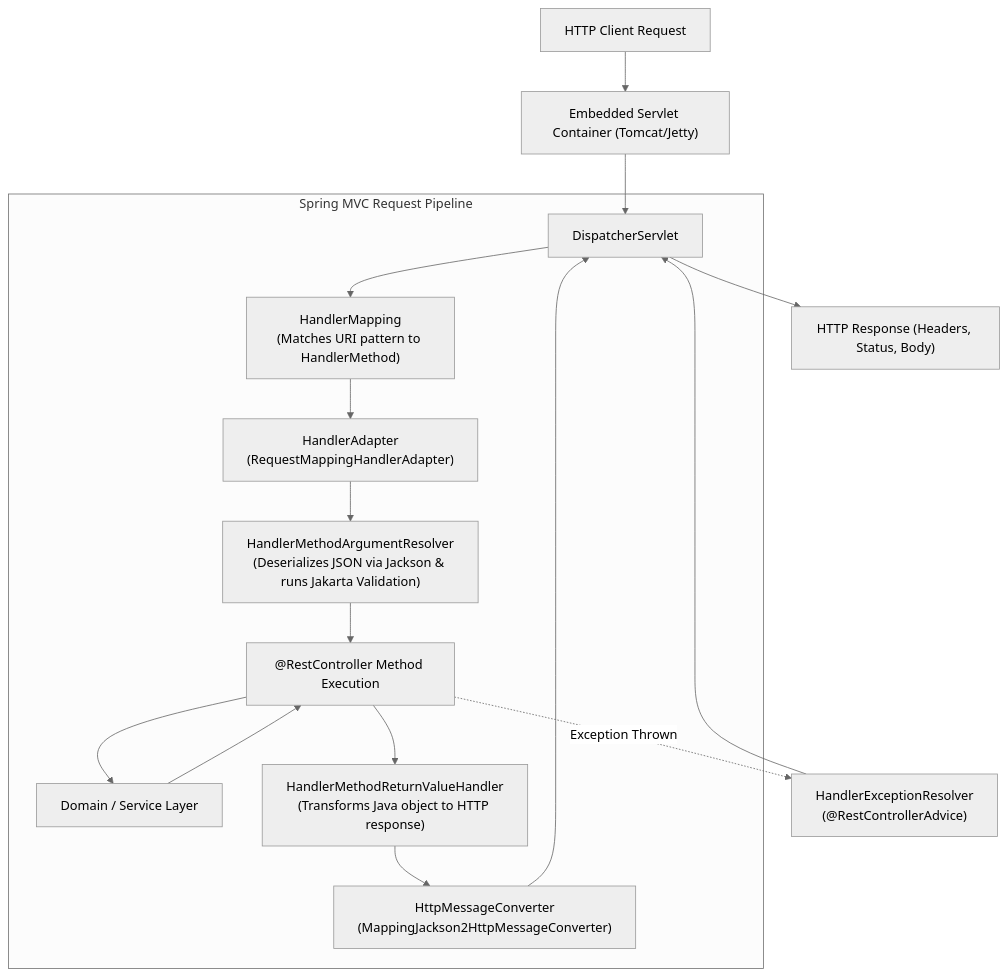
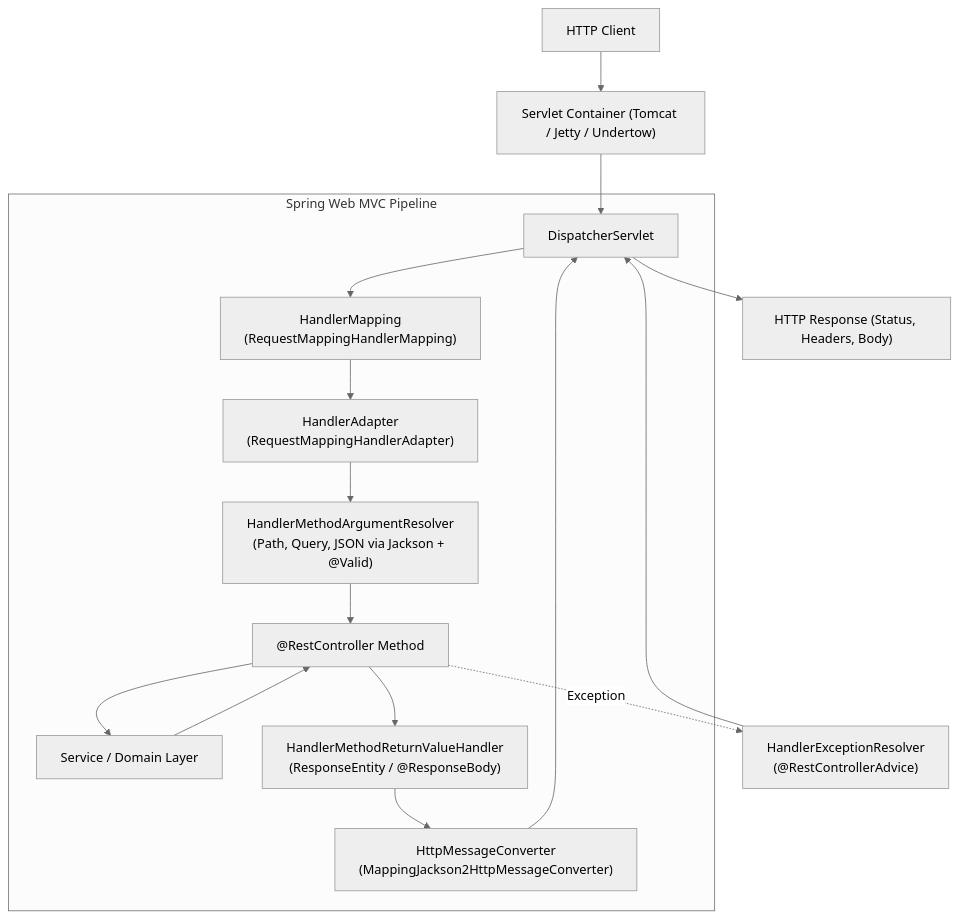
One commit to ravishankar2463/java_hub changed the second of 2 diagrams in content/roadmap/level-8/building-restful-apis.md. Above: the diagram before and after it, drawn with Mermaid (neutral theme). The commit also changed other lines of this file and 119 other files, not shown here.

Commit message:
feat: add comprehensive java learning roadmap content across multiple levels

````diff
--- a/content/roadmap/level-8/building-restful-apis.md
+++ b/content/roadmap/level-8/building-restful-apis.md
@@ -86,30 +74,22 @@
 ```mermaid
 flowchart TD
-    Client["HTTP Client Request"] --> Tomcat["Embedded Servlet Container (Tomcat/Jetty)"]
-    Tomcat --> DS["DispatcherServlet"]
-    
-    subgraph SpringMVC ["Spring MVC Request Pipeline"]
-        DS --> HM["HandlerMapping
-(Matches URI pattern to HandlerMethod)"]
-        HM --> HA["HandlerAdapter
-(RequestMappingHandlerAdapter)"]
-        
-        HA --> HMAR["HandlerMethodArgumentResolver
-(Deserializes JSON via Jackson & runs Jakarta Validation)"]
-        HMAR --> Controller["@RestController Method Execution"]
-        Controller --> ServiceLayer["Domain / Service Layer"]
-        ServiceLayer --> Controller
-        
-        Controller --> HMRVH["HandlerMethodReturnValueHandler
-(Transforms Java object to HTTP response)"]
-        HMRVH --> MC["HttpMessageConverter
-(MappingJackson2HttpMessageConverter)"]
+    Client["HTTP Client"] --> Container["Servlet Container (Tomcat / Jetty / Undertow)"]
+    Container --> DS["DispatcherServlet"]
+
+    subgraph SpringMVC["Spring Web MVC Pipeline"]
+        DS --> HM["HandlerMapping<br/>(RequestMappingHandlerMapping)"]
+        HM --> HA["HandlerAdapter<br/>(RequestMappingHandlerAdapter)"]
+        HA --> ArgRes["HandlerMethodArgumentResolver<br/>(Path, Query, JSON via Jackson + @Valid)"]
+        ArgRes --> Ctrl["@RestController Method"]
+        Ctrl --> Svc["Service / Domain Layer"]
+        Svc --> Ctrl
+        Ctrl --> RetH["HandlerMethodReturnValueHandler<br/>(ResponseEntity / @ResponseBody)"]
+        RetH --> MsgConv["HttpMessageConverter<br/>(MappingJackson2HttpMessageConverter)"]
     end
-    
-    MC --> DS
-    DS --> ClientResponse["HTTP Response (Headers, Status, Body)"]
-    
-    Controller -.->|Exception Thrown| HER["HandlerExceptionResolver
-(@RestControllerAdvice)"]
+
+    MsgConv --> DS
+    DS --> Resp["HTTP Response (Status, Headers, Body)"]
+
+    Ctrl -.->|"Exception"| HER["HandlerExceptionResolver<br/>(@RestControllerAdvice)"]
     HER --> DS
 ```
````
